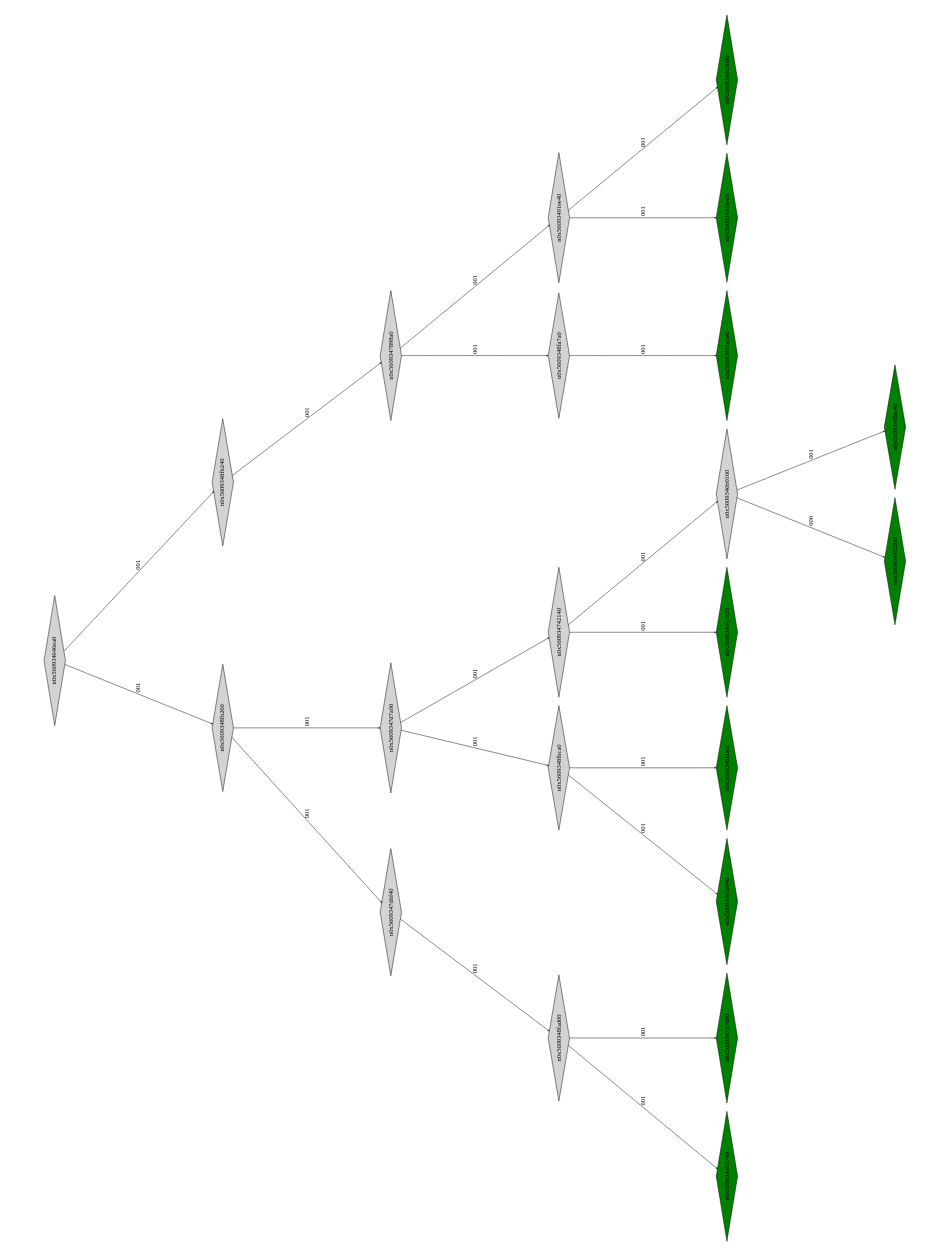
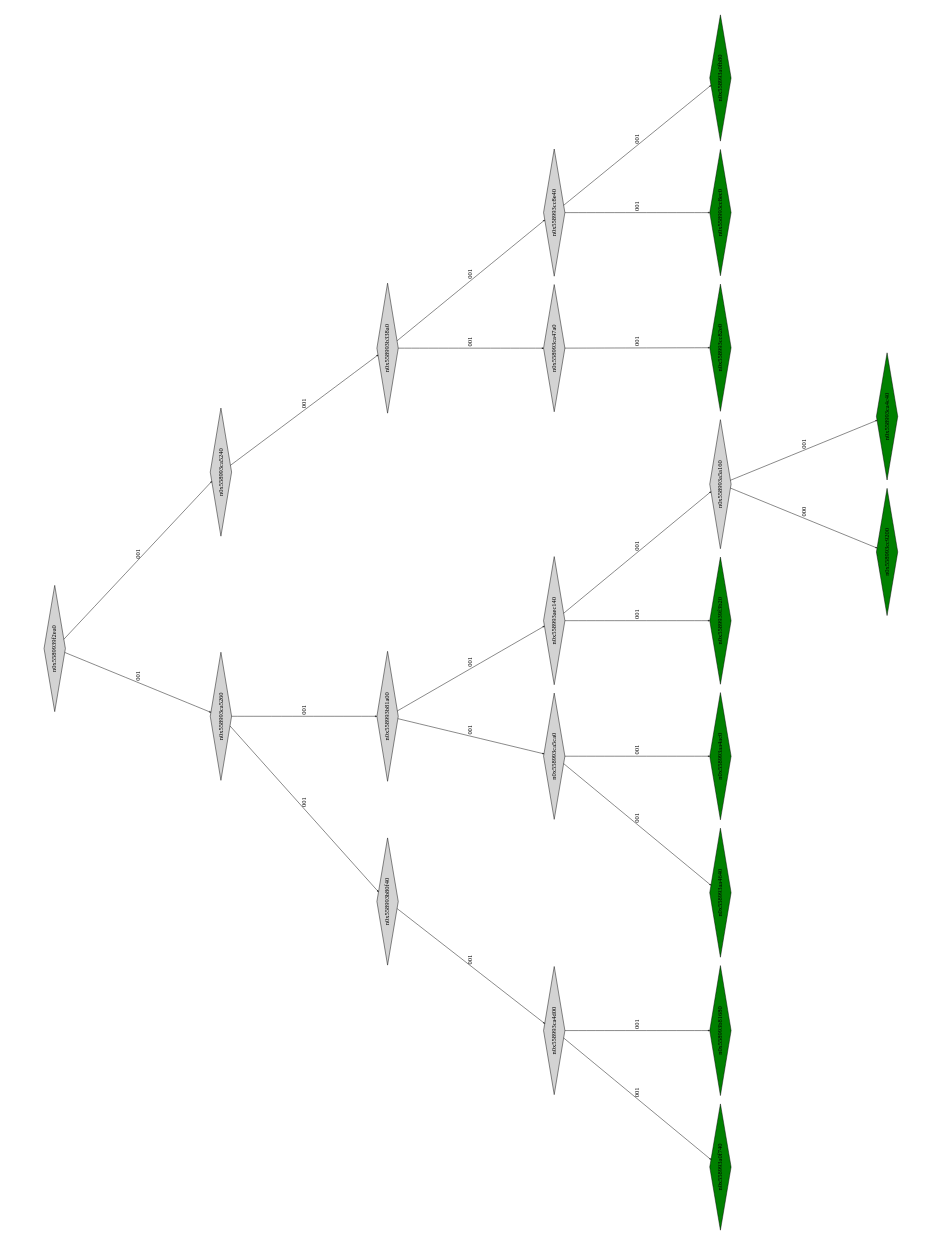
Before and after one commit to Research-Tools-PAVT/PSE-Program-Examples: the diagram in montyhall_klee_out/ptree_00000916.dot, drawn with Graphviz. The commit also changed 109 other files, not shown here.

```diff
--- a/montyhall_klee_out/ptree_00000916.dot
+++ b/montyhall_klee_out/ptree_00000916.dot
@@ -1,51 +1,51 @@
 digraph G {
 	size="10,7.5";
 	ratio=fill;
 	rotate=90;
 	center = "true";
 	node [style="filled",width=.1,height=.1,fontname="Terminus"]
 	edge [arrowsize=.3]
-	n0x560934646ea0 [shape=diamond];
-	n0x560934646ea0 -> n0x5609348fb260 [label=001];
-	n0x560934646ea0 -> n0x5609348fb240 [label=001];
-	n0x5609348fb240 [shape=diamond];
-	n0x5609348fb240 -> n0x5609347898a0 [label=001];
-	n0x5609347898a0 [shape=diamond];
-	n0x5609347898a0 -> n0x5609348fa7a0 [label=001];
-	n0x5609347898a0 -> n0x56093491ee40 [label=001];
-	n0x56093491ee40 [shape=diamond];
-	n0x56093491ee40 -> n0x56093491eec0 [label=001];
-	n0x56093491ee40 -> n0x560934663b80 [label=001];
-	n0x560934663b80 [shape=diamond,fillcolor=green];
-	n0x56093491eec0 [shape=diamond,fillcolor=green];
-	n0x5609348fa7a0 [shape=diamond];
-	n0x5609348fa7a0 -> n0x56093491e2e0 [label=001];
-	n0x56093491e2e0 [shape=diamond,fillcolor=green];
-	n0x5609348fb260 [shape=diamond];
-	n0x5609348fb260 -> n0x5609347d6f40 [label=001];
-	n0x5609348fb260 -> n0x5609347d7a00 [label=001];
-	n0x5609347d7a00 [shape=diamond];
-	n0x5609347d7a00 -> n0x5609348fbca0 [label=001];
-	n0x5609347d7a00 -> n0x560934742140 [label=001];
-	n0x560934742140 [shape=diamond];
-	n0x560934742140 -> n0x560934647b20 [label=001];
-	n0x560934742140 -> n0x5609346b0160 [label=001];
-	n0x5609346b0160 [shape=diamond];
-	n0x5609346b0160 -> n0x56093491f200 [label=000];
-	n0x5609346b0160 -> n0x5609348fac40 [label=001];
-	n0x5609348fac40 [shape=diamond,fillcolor=green];
-	n0x56093491f200 [shape=diamond,fillcolor=green];
-	n0x560934647b20 [shape=diamond,fillcolor=green];
-	n0x5609348fbca0 [shape=diamond];
-	n0x5609348fbca0 -> n0x5609346fa640 [label=001];
-	n0x5609348fbca0 -> n0x5609346faac0 [label=001];
-	n0x5609346faac0 [shape=diamond,fillcolor=green];
-	n0x5609346fa640 [shape=diamond,fillcolor=green];
-	n0x5609347d6f40 [shape=diamond];
-	n0x5609347d6f40 -> n0x5609348fad00 [label=001];
-	n0x5609348fad00 [shape=diamond];
-	n0x5609348fad00 -> n0x560934663740 [label=001];
-	n0x5609348fad00 -> n0x5609347d7680 [label=001];
-	n0x5609347d7680 [shape=diamond,fillcolor=green];
-	n0x560934663740 [shape=diamond,fillcolor=green];
+	n0x5589939f2ea0 [shape=diamond];
+	n0x5589939f2ea0 -> n0x558993ca5260 [label=001];
+	n0x5589939f2ea0 -> n0x558993ca5240 [label=001];
+	n0x558993ca5240 [shape=diamond];
+	n0x558993ca5240 -> n0x558993b338a0 [label=001];
+	n0x558993b338a0 [shape=diamond];
+	n0x558993b338a0 -> n0x558993ca47a0 [label=001];
+	n0x558993b338a0 -> n0x558993cc8e40 [label=001];
+	n0x558993cc8e40 [shape=diamond];
+	n0x558993cc8e40 -> n0x558993cc8ec0 [label=001];
+	n0x558993cc8e40 -> n0x558993a0fb80 [label=001];
+	n0x558993a0fb80 [shape=diamond,fillcolor=green];
+	n0x558993cc8ec0 [shape=diamond,fillcolor=green];
+	n0x558993ca47a0 [shape=diamond];
+	n0x558993ca47a0 -> n0x558993cc82e0 [label=001];
+	n0x558993cc82e0 [shape=diamond,fillcolor=green];
+	n0x558993ca5260 [shape=diamond];
+	n0x558993ca5260 -> n0x558993b80f40 [label=001];
+	n0x558993ca5260 -> n0x558993b81a00 [label=001];
+	n0x558993b81a00 [shape=diamond];
+	n0x558993b81a00 -> n0x558993ca5ca0 [label=001];
+	n0x558993b81a00 -> n0x558993aec140 [label=001];
+	n0x558993aec140 [shape=diamond];
+	n0x558993aec140 -> n0x5589939f3b20 [label=001];
+	n0x558993aec140 -> n0x558993a5a160 [label=001];
+	n0x558993a5a160 [shape=diamond];
+	n0x558993a5a160 -> n0x558993cc9200 [label=000];
+	n0x558993a5a160 -> n0x558993ca4c40 [label=001];
+	n0x558993ca4c40 [shape=diamond,fillcolor=green];
+	n0x558993cc9200 [shape=diamond,fillcolor=green];
+	n0x5589939f3b20 [shape=diamond,fillcolor=green];
+	n0x558993ca5ca0 [shape=diamond];
+	n0x558993ca5ca0 -> n0x558993aa4640 [label=001];
+	n0x558993ca5ca0 -> n0x558993aa4ac0 [label=001];
+	n0x558993aa4ac0 [shape=diamond,fillcolor=green];
+	n0x558993aa4640 [shape=diamond,fillcolor=green];
+	n0x558993b80f40 [shape=diamond];
+	n0x558993b80f40 -> n0x558993ca4d00 [label=001];
+	n0x558993ca4d00 [shape=diamond];
+	n0x558993ca4d00 -> n0x558993a0f740 [label=001];
+	n0x558993ca4d00 -> n0x558993b81680 [label=001];
+	n0x558993b81680 [shape=diamond,fillcolor=green];
+	n0x558993a0f740 [shape=diamond,fillcolor=green];
 }
```
